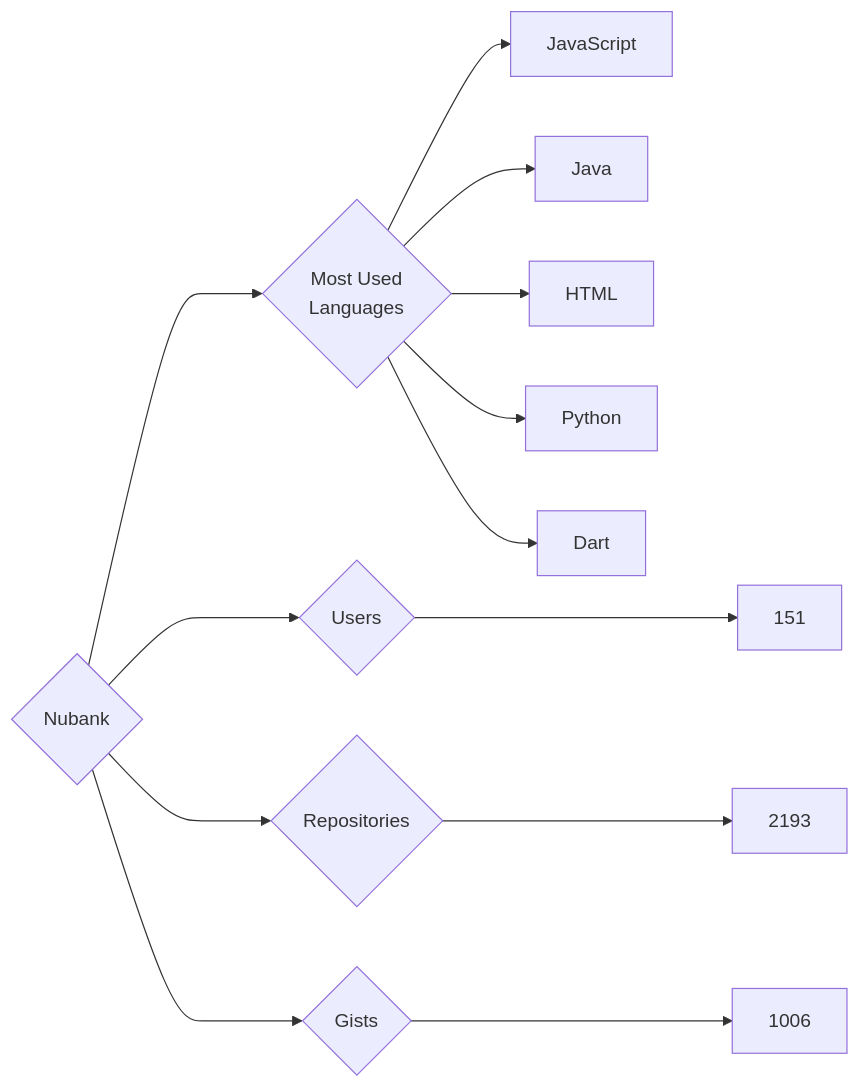
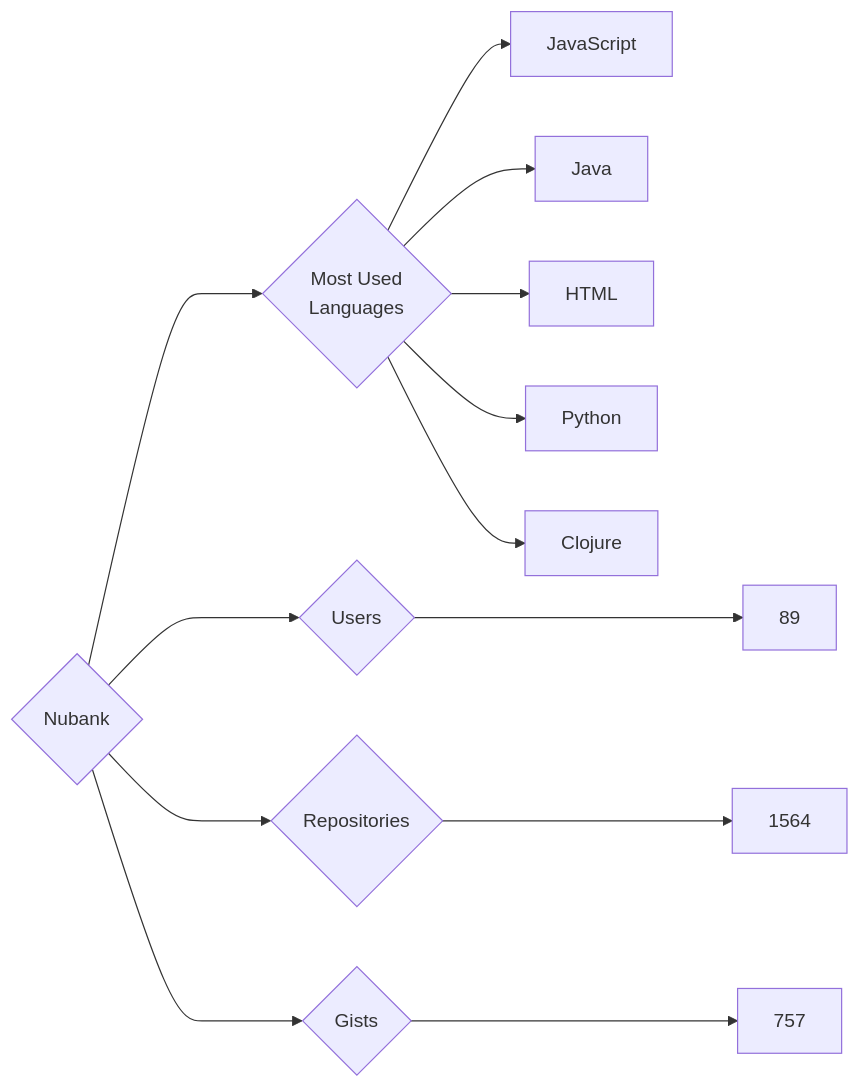
One commit to trickest/insiders changed the diagram in targets/Nubank/README.md. Above: the diagram before and after it, drawn with Mermaid. The commit also changed 903 other files, not shown here.

````diff
--- a/targets/Nubank/README.md
+++ b/targets/Nubank/README.md
@@ -3,13 +3,13 @@
 ```mermaid
 graph LR
 COMPANY_NAME{Nubank}
-COMPANY_NAME ---> U{Users} ---> UN[151]
-COMPANY_NAME ---> R{Repositories} ---> RN[2193]
-COMPANY_NAME ---> G{Gists} ---> GN[1006]
+COMPANY_NAME ---> U{Users} ---> UN[89]
+COMPANY_NAME ---> R{Repositories} ---> RN[1564]
+COMPANY_NAME ---> G{Gists} ---> GN[757]
 COMPANY_NAME ---> ML{Most Used<br>Languages}
 ML --> JavaScript[JavaScript]
 ML --> Java[Java]
 ML --> HTML[HTML]
 ML --> Python[Python]
-ML --> Dart[Dart]
+ML --> Clojure[Clojure]
 ```
````
